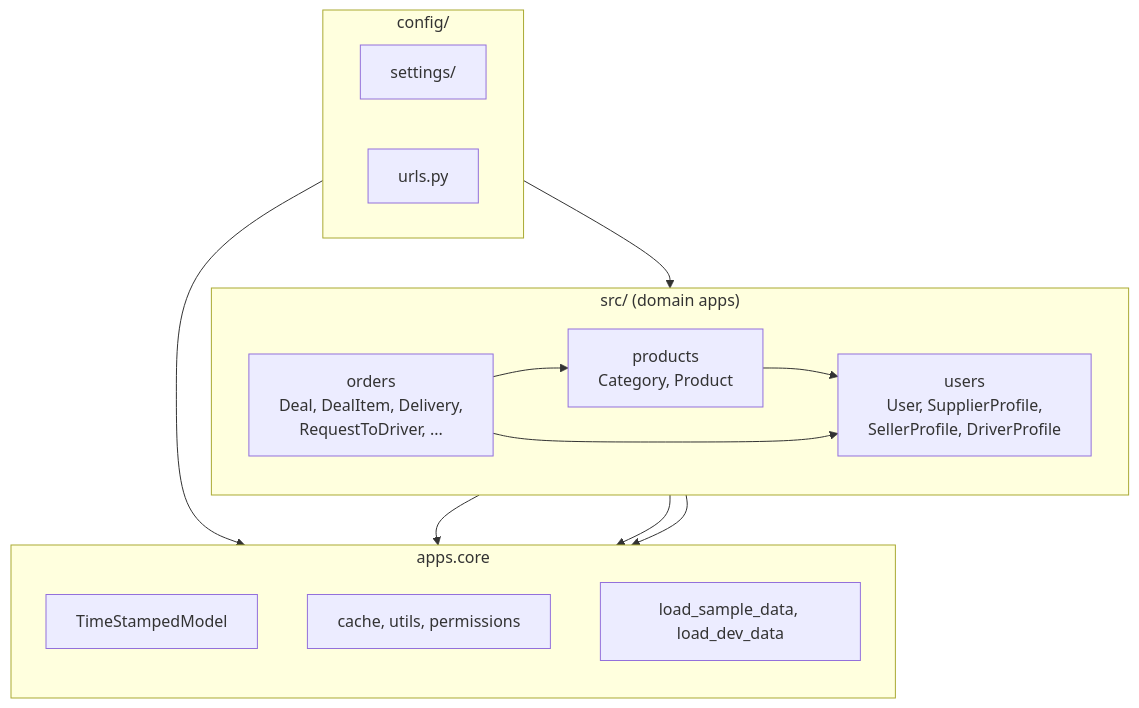
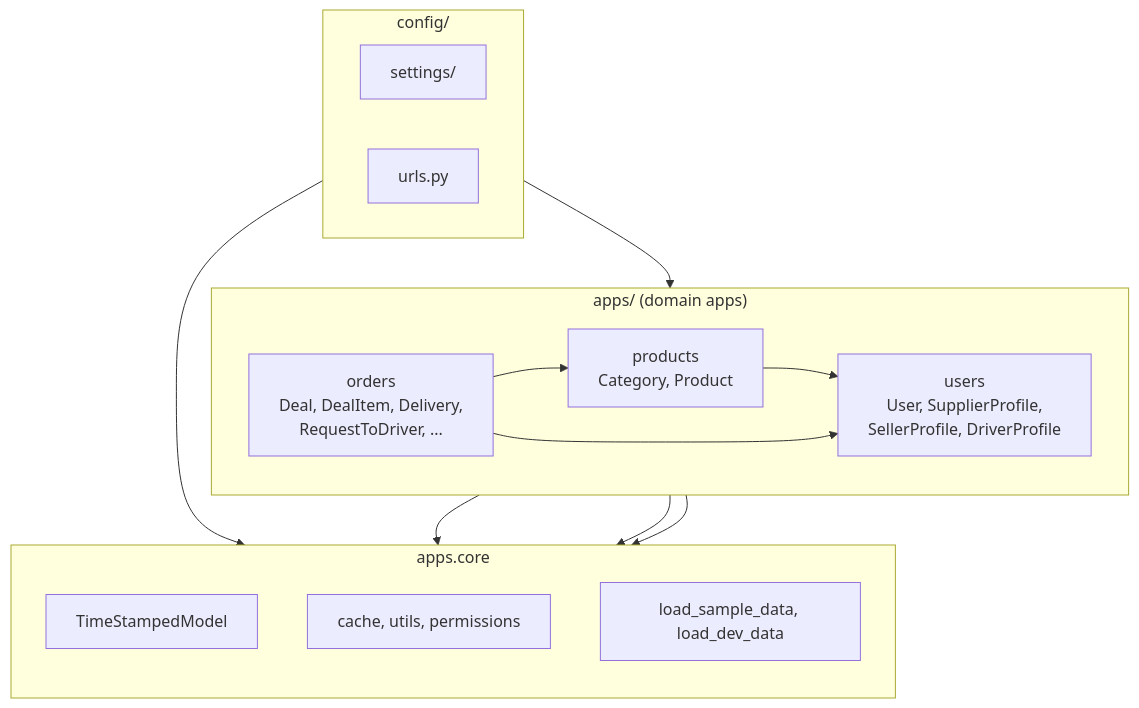
Before and after one commit to zekavsrdev-code/LogiFood: the diagram in docs/PROJECT_STRUCTURE.md, drawn with Mermaid. The commit also changed other lines of this file and 80 other files, not shown here.

Commit message:
Structure completely changed, all src moved to apps

````diff
--- a/docs/PROJECT_STRUCTURE.md
+++ b/docs/PROJECT_STRUCTURE.md
@@ -5,31 +5,31 @@
 ```mermaid
 flowchart TB
     subgraph config["config/"]
         settings["settings/"]
         urls["urls.py"]
     end
 
     subgraph core["apps.core"]
         direction TB
         models_c["TimeStampedModel"]
         cache_c["cache, utils, permissions"]
         cmds_c["load_sample_data, load_dev_data"]
     end
 
-    subgraph src_domain["src/ (domain apps)"]
+    subgraph apps_domain["apps/ (domain apps)"]
         direction LR
         users["users\nUser, SupplierProfile,\nSellerProfile, DriverProfile"]
         products["products\nCategory, Product"]
         orders["orders\nDeal, DealItem, Delivery,\nRequestToDriver, ..."]
     end
 
     users --> core
     products --> core
     products --> users
     orders --> core
     orders --> users
     orders --> products
 
     config --> core
-    config --> src_domain
+    config --> apps_domain
 ```
````
